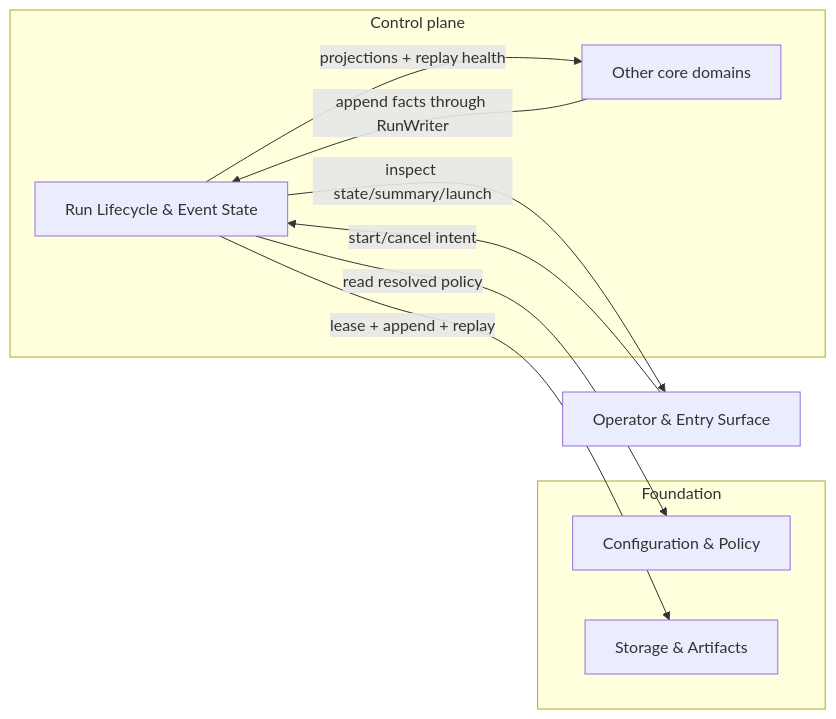
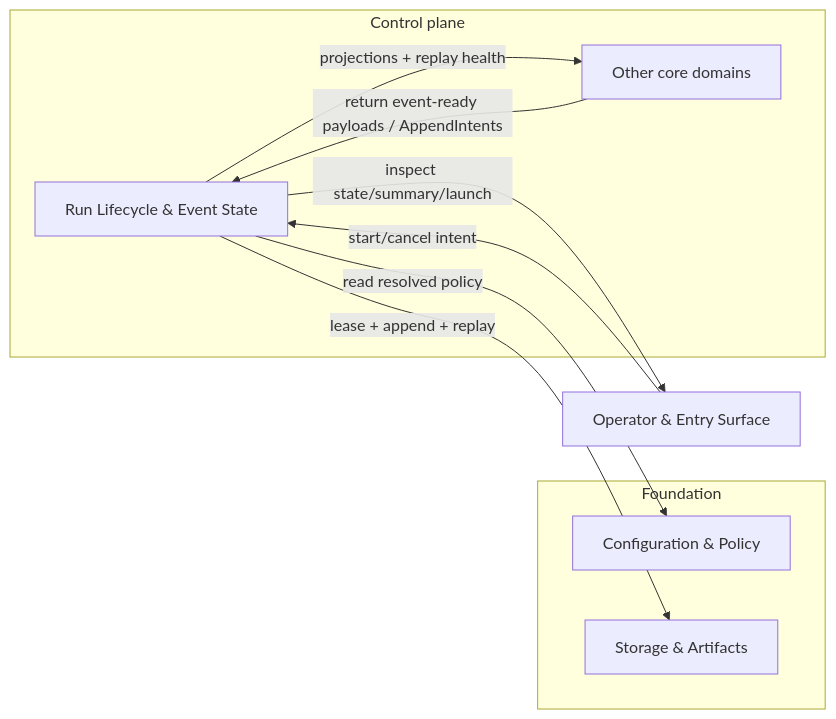
The first of 2 diagrams in docs/design/domains/core-01-run-lifecycle-and-state/design.md (aryeko/agentic-workflow-kit), drawn with Mermaid before and after one commit. The commit also changed other lines of this file and 8 other files, not shown here.

````diff
--- a/docs/design/domains/core-01-run-lifecycle-and-state/design.md
+++ b/docs/design/domains/core-01-run-lifecycle-and-state/design.md
@@ -42,17 +43,17 @@
 ```mermaid
 flowchart LR
   subgraph CORE["Control plane"]
     RL["Run Lifecycle & Event State"]
     OTHER["Other core domains"]
   end
   subgraph FND["Foundation"]
     CFG["Configuration & Policy"]
     STA["Storage & Artifacts"]
   end
   OP["Operator & Entry Surface"] -->|"start/cancel intent"| RL
-  OTHER -->|"append facts through RunWriter"| RL
+  OTHER -->|"return event-ready payloads / AppendIntents"| RL
   RL -->|"read resolved policy"| CFG
   RL -->|"lease + append + replay"| STA
   RL -->|"projections + replay health"| OTHER
   RL -->|"inspect state/summary/launch"| OP
 ```
````
